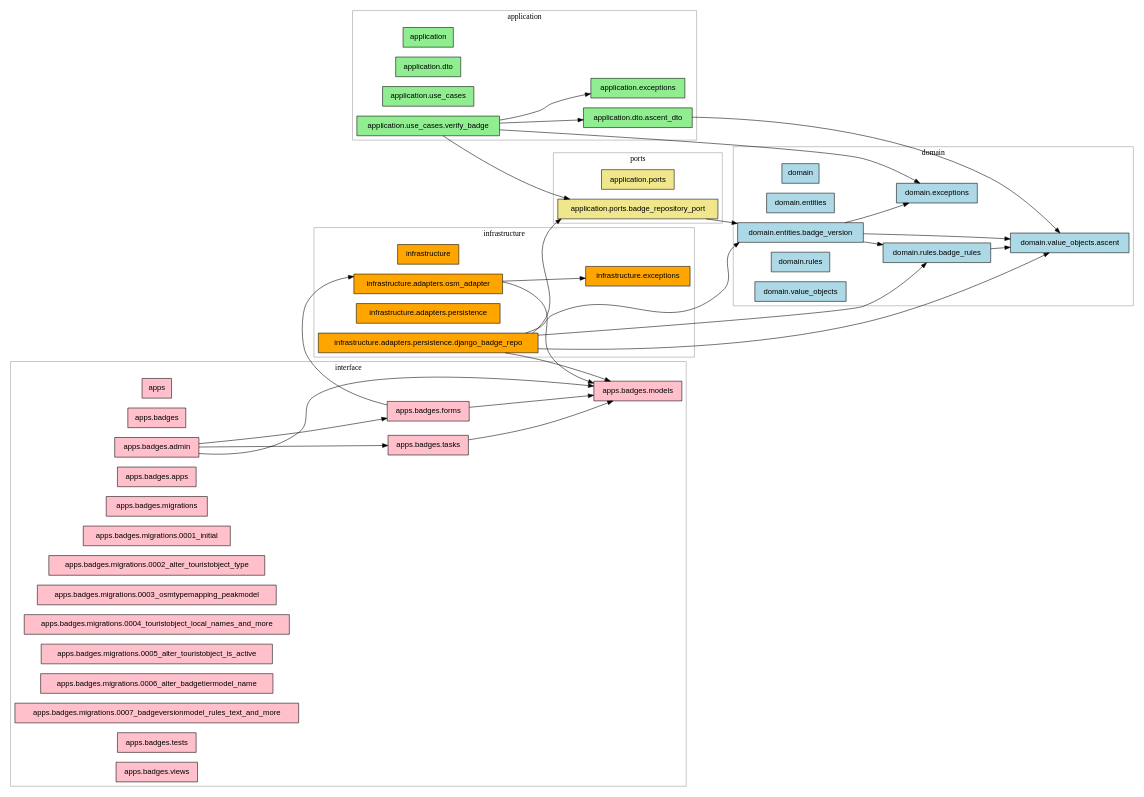
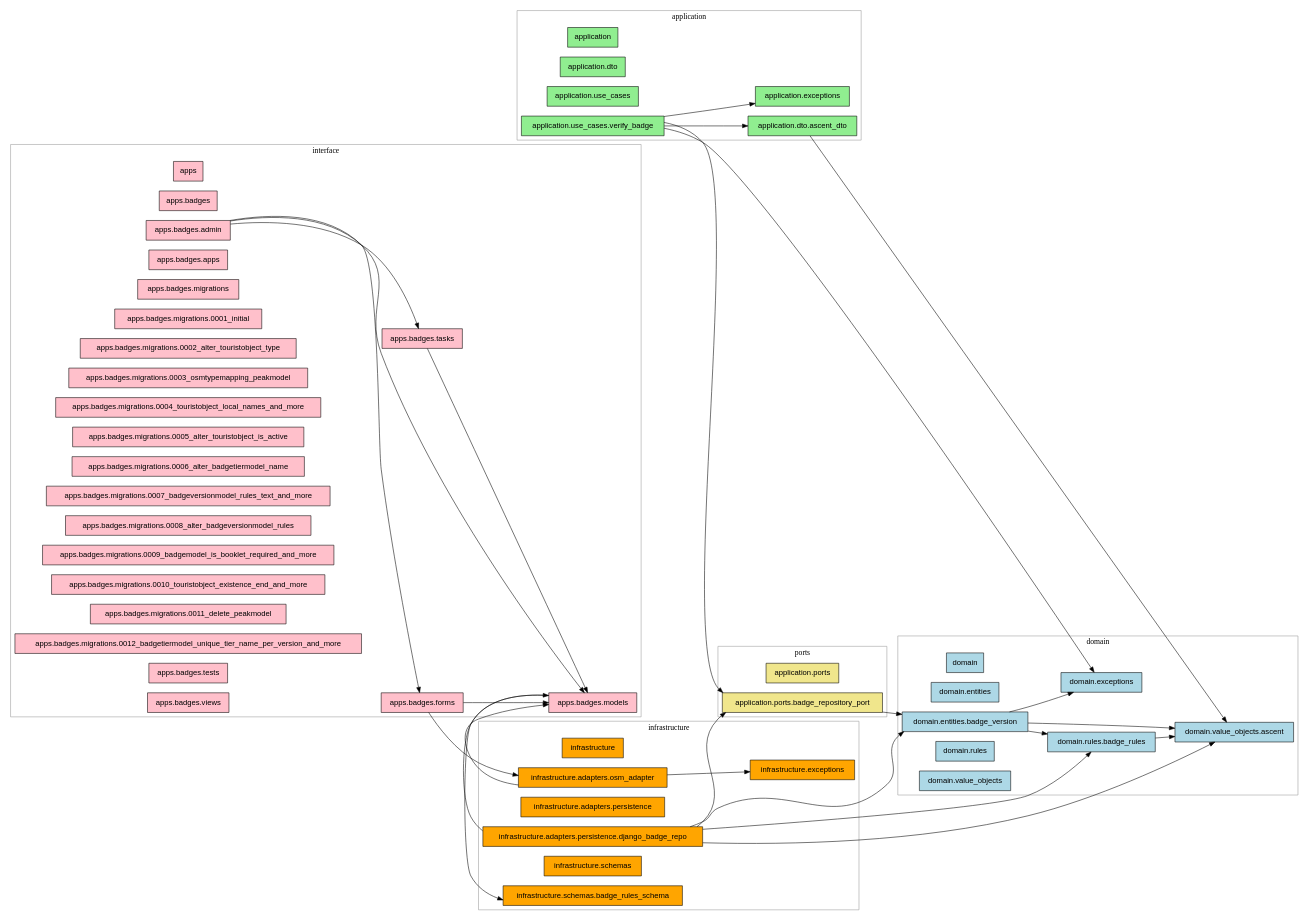
The diagram in dependencies.dot (Marek1Marecki/badges_system), drawn with Graphviz before and after one commit. The commit also changed 21 other files, not shown here.

First line of the commit message:
Extend badge rules system with new validation rules and improve data model

```diff
--- a/dependencies.dot
+++ b/dependencies.dot
@@ -1,92 +1,100 @@
 digraph G {
   rankdir=LR;
   graph [splines=true, overlap=false];
   node [shape=box, style=filled, fontname=Helvetica];
 
   subgraph cluster_domain {
     label="domain";
     color=gray60;
     "domain" [fillcolor="lightblue"];
     "domain.entities" [fillcolor="lightblue"];
     "domain.entities.badge_version" [fillcolor="lightblue"];
     "domain.exceptions" [fillcolor="lightblue"];
     "domain.rules" [fillcolor="lightblue"];
     "domain.rules.badge_rules" [fillcolor="lightblue"];
     "domain.value_objects" [fillcolor="lightblue"];
     "domain.value_objects.ascent" [fillcolor="lightblue"];
   }
 
   subgraph cluster_application {
     label="application";
     color=gray60;
     "application" [fillcolor="lightgreen"];
     "application.dto" [fillcolor="lightgreen"];
     "application.dto.ascent_dto" [fillcolor="lightgreen"];
     "application.exceptions" [fillcolor="lightgreen"];
     "application.use_cases" [fillcolor="lightgreen"];
     "application.use_cases.verify_badge" [fillcolor="lightgreen"];
   }
 
   subgraph cluster_ports {
     label="ports";
     color=gray60;
     "application.ports" [fillcolor="khaki"];
     "application.ports.badge_repository_port" [fillcolor="khaki"];
   }
 
   subgraph cluster_infrastructure {
     label="infrastructure";
     color=gray60;
     "infrastructure" [fillcolor="orange"];
     "infrastructure.adapters.osm_adapter" [fillcolor="orange"];
     "infrastructure.adapters.persistence" [fillcolor="orange"];
     "infrastructure.adapters.persistence.django_badge_repo" [fillcolor="orange"];
     "infrastructure.exceptions" [fillcolor="orange"];
+    "infrastructure.schemas" [fillcolor="orange"];
+    "infrastructure.schemas.badge_rules_schema" [fillcolor="orange"];
   }
 
   subgraph cluster_interface {
     label="interface";
     color=gray60;
     "apps" [fillcolor="pink"];
     "apps.badges" [fillcolor="pink"];
     "apps.badges.admin" [fillcolor="pink"];
     "apps.badges.apps" [fillcolor="pink"];
     "apps.badges.forms" [fillcolor="pink"];
     "apps.badges.migrations" [fillcolor="pink"];
     "apps.badges.migrations.0001_initial" [fillcolor="pink"];
     "apps.badges.migrations.0002_alter_touristobject_type" [fillcolor="pink"];
     "apps.badges.migrations.0003_osmtypemapping_peakmodel" [fillcolor="pink"];
     "apps.badges.migrations.0004_touristobject_local_names_and_more" [fillcolor="pink"];
     "apps.badges.migrations.0005_alter_touristobject_is_active" [fillcolor="pink"];
     "apps.badges.migrations.0006_alter_badgetiermodel_name" [fillcolor="pink"];
     "apps.badges.migrations.0007_badgeversionmodel_rules_text_and_more" [fillcolor="pink"];
+    "apps.badges.migrations.0008_alter_badgeversionmodel_rules" [fillcolor="pink"];
+    "apps.badges.migrations.0009_badgemodel_is_booklet_required_and_more" [fillcolor="pink"];
+    "apps.badges.migrations.0010_touristobject_existence_end_and_more" [fillcolor="pink"];
+    "apps.badges.migrations.0011_delete_peakmodel" [fillcolor="pink"];
+    "apps.badges.migrations.0012_badgetiermodel_unique_tier_name_per_version_and_more" [fillcolor="pink"];
     "apps.badges.models" [fillcolor="pink"];
     "apps.badges.tasks" [fillcolor="pink"];
     "apps.badges.tests" [fillcolor="pink"];
     "apps.badges.views" [fillcolor="pink"];
   }
 
   "application.dto.ascent_dto" -> "domain.value_objects.ascent";
   "application.ports.badge_repository_port" -> "domain.entities.badge_version";
   "application.use_cases.verify_badge" -> "application.dto.ascent_dto";
   "application.use_cases.verify_badge" -> "application.exceptions";
   "application.use_cases.verify_badge" -> "application.ports.badge_repository_port";
   "application.use_cases.verify_badge" -> "domain.exceptions";
   "apps.badges.admin" -> "apps.badges.forms";
   "apps.badges.admin" -> "apps.badges.models";
   "apps.badges.admin" -> "apps.badges.tasks";
   "apps.badges.forms" -> "apps.badges.models";
   "apps.badges.forms" -> "infrastructure.adapters.osm_adapter";
+  "apps.badges.models" -> "infrastructure.schemas.badge_rules_schema";
   "apps.badges.tasks" -> "apps.badges.models";
   "domain.entities.badge_version" -> "domain.exceptions";
   "domain.entities.badge_version" -> "domain.rules.badge_rules";
   "domain.entities.badge_version" -> "domain.value_objects.ascent";
   "domain.rules.badge_rules" -> "domain.value_objects.ascent";
   "infrastructure.adapters.osm_adapter" -> "apps.badges.models";
   "infrastructure.adapters.osm_adapter" -> "infrastructure.exceptions";
   "infrastructure.adapters.persistence.django_badge_repo" -> "application.ports.badge_repository_port";
   "infrastructure.adapters.persistence.django_badge_repo" -> "apps.badges.models";
   "infrastructure.adapters.persistence.django_badge_repo" -> "domain.entities.badge_version";
   "infrastructure.adapters.persistence.django_badge_repo" -> "domain.rules.badge_rules";
   "infrastructure.adapters.persistence.django_badge_repo" -> "domain.value_objects.ascent";
 }
```
